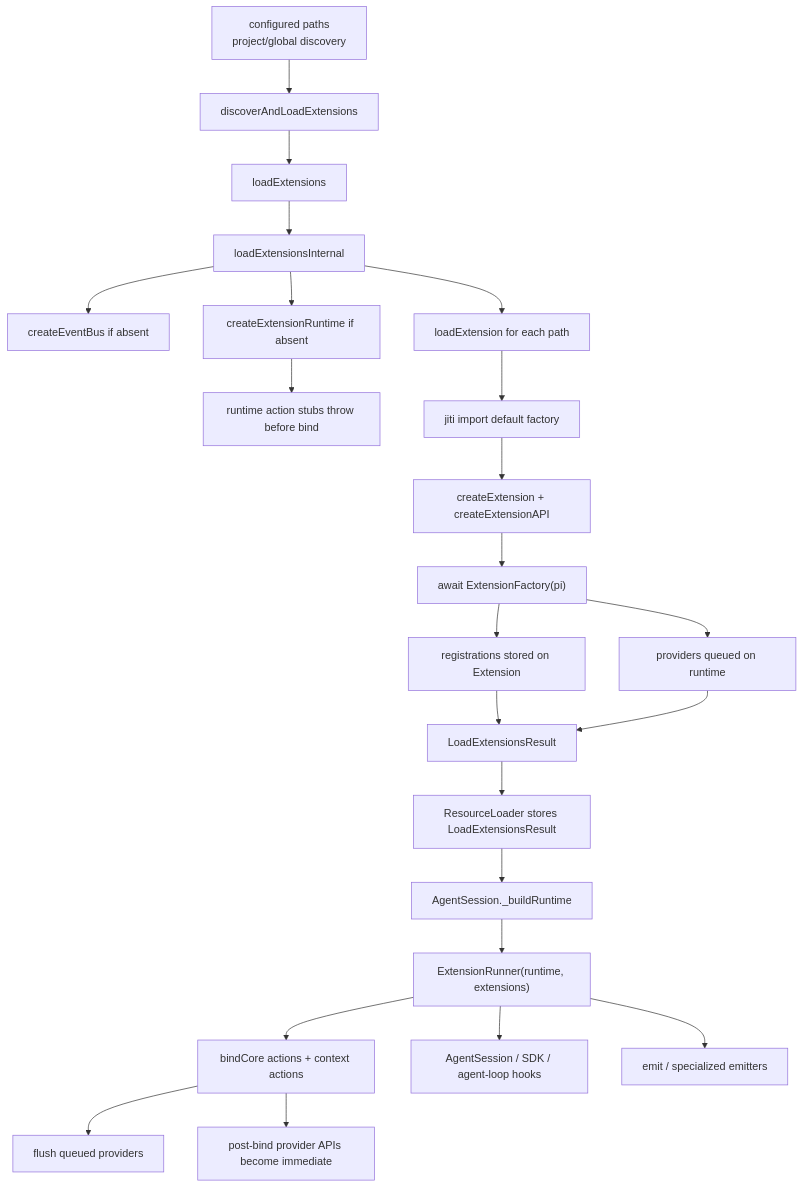
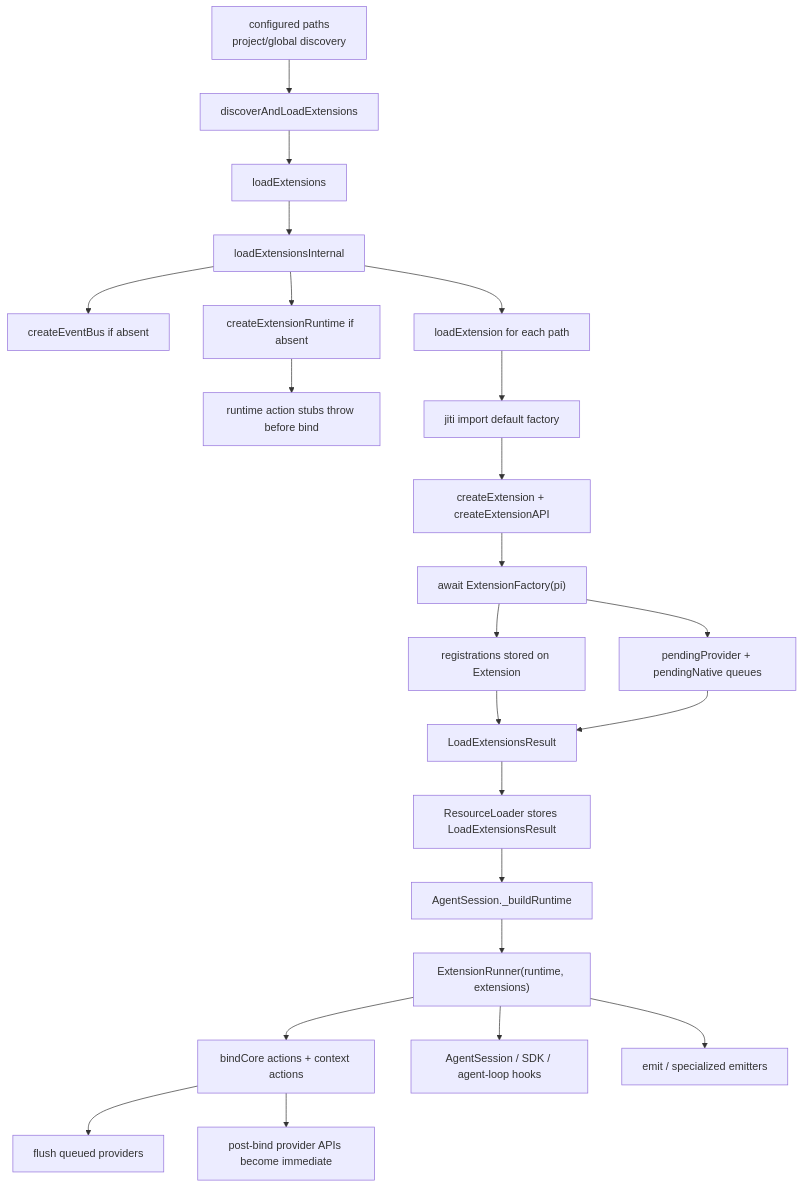
Before and after one commit to wdnmdtonyma/SOTA-Agent-LLM-Wiki: the diagram in docs/llm-wiki/pi/spine/extension-lifecycle.md, drawn with Mermaid. The commit also changed other lines of this file and 213 other files, not shown here.

````diff
--- a/docs/llm-wiki/pi/spine/extension-lifecycle.md
+++ b/docs/llm-wiki/pi/spine/extension-lifecycle.md
@@ -35,25 +36,25 @@
 ```mermaid
 flowchart TD
   A["configured paths<br/>project/global discovery"] --> B["discoverAndLoadExtensions"]
   B --> C["loadExtensions"]
   C --> D["loadExtensionsInternal"]
   D --> E["createEventBus if absent"]
   D --> F["createExtensionRuntime if absent"]
   F --> G["runtime action stubs throw before bind"]
   D --> H["loadExtension for each path"]
   H --> I["jiti import default factory"]
   I --> J["createExtension + createExtensionAPI"]
   J --> K["await ExtensionFactory(pi)"]
   K --> L["registrations stored on Extension"]
-  K --> M["providers queued on runtime"]
+  K --> M["pendingProvider + pendingNative queues"]
   L --> N["LoadExtensionsResult"]
   M --> N
   N --> O["ResourceLoader stores LoadExtensionsResult"]
   O --> P["AgentSession._buildRuntime"]
   P --> Q["ExtensionRunner(runtime, extensions)"]
   Q --> R["bindCore actions + context actions"]
   R --> S["flush queued providers"]
   R --> T["post-bind provider APIs become immediate"]
   Q --> U["AgentSession / SDK / agent-loop hooks"]
   Q --> V["emit / specialized emitters"]
 ```
````
